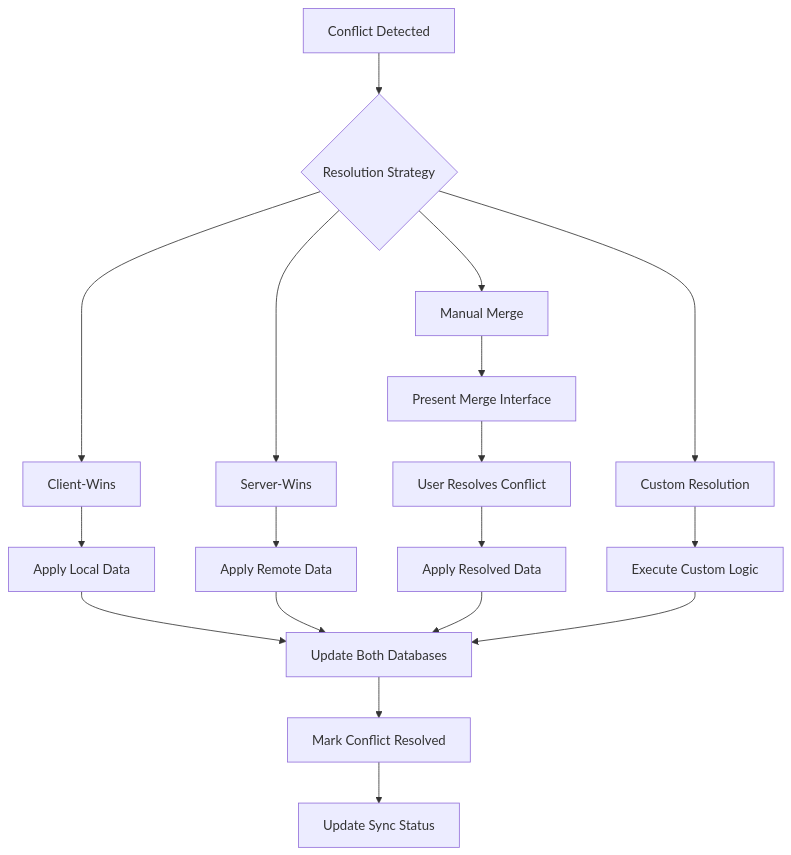
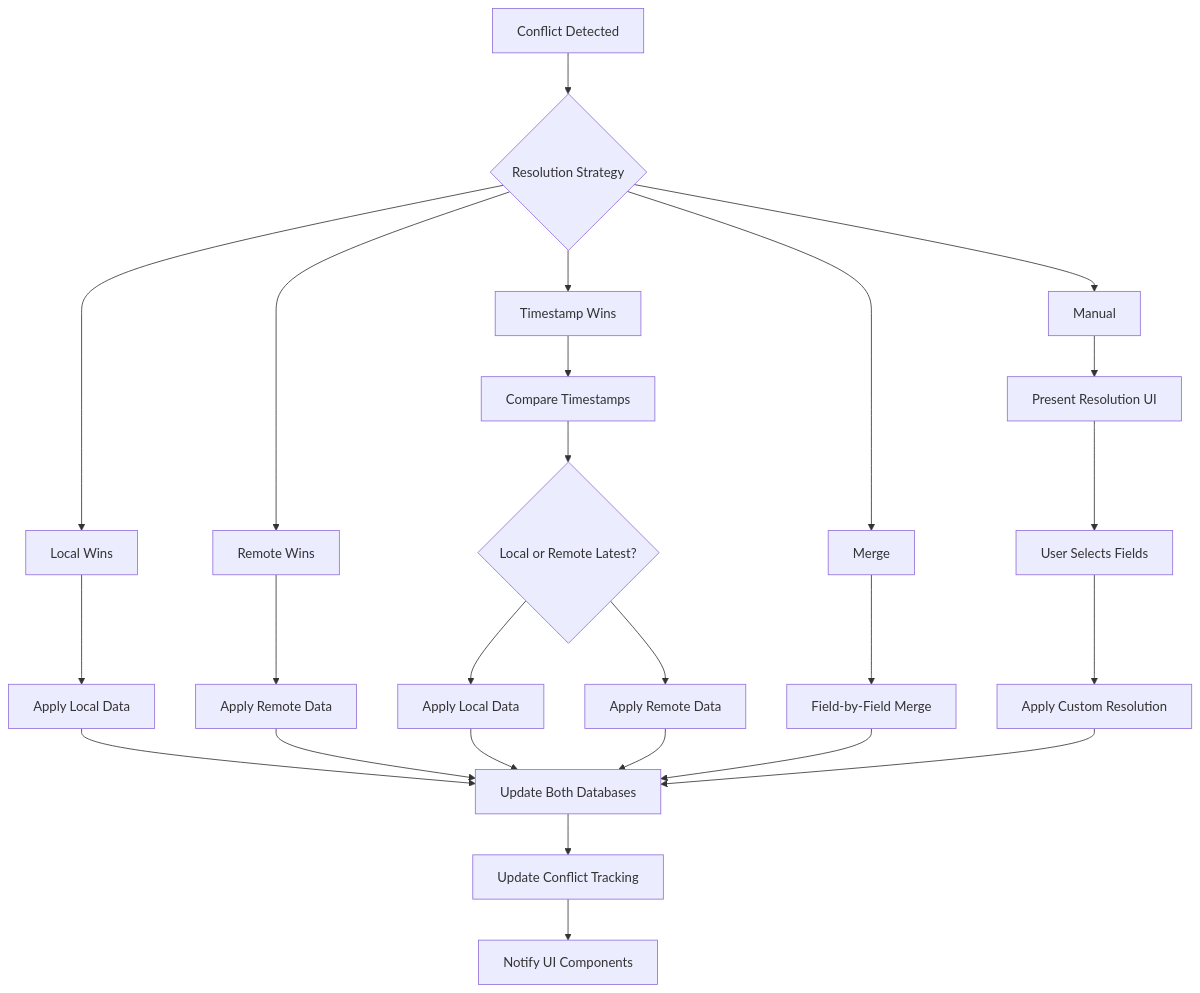
The eighth of 20 diagrams in .qoder/repowiki/en/content/Architecture Overview/Data Management Architecture/Data Synchronization Workflow/Data Synchronization Workflow.md (geniusdynamics/schoolpilot), drawn with Mermaid before and after one commit. The commit also changed other lines of this file and 8 other files, not shown here.

````diff
--- a/.qoder/repowiki/en/content/Architecture Overview/Data Management Architecture/Data Synchronization Workflow/Data Synchronization Workflow.md
+++ b/.qoder/repowiki/en/content/Architecture Overview/Data Management Architecture/Data Synchronization Workflow/Data Synchronization Workflow.md
@@ -323,20 +358,27 @@
 ```mermaid
 flowchart TD
 A[Conflict Detected] --> B{Resolution Strategy}
-B --> C[Client-Wins]
-B --> D[Server-Wins]
-B --> E[Manual Merge]
-B --> F[Custom Resolution]
-C --> G[Apply Local Data]
-D --> H[Apply Remote Data]
-E --> I[Present Merge Interface]
-I --> J[User Resolves Conflict]
-J --> K[Apply Resolved Data]
-F --> L[Execute Custom Logic]
-G --> M[Update Both Databases]
-H --> M
-K --> M
-L --> M
-M --> N[Mark Conflict Resolved]
-N --> O[Update Sync Status]
+B --> C[Local Wins]
+B --> D[Remote Wins]
+B --> E[Timestamp Wins]
+B --> F[Merge]
+B --> G[Manual]
+C --> H[Apply Local Data]
+D --> I[Apply Remote Data]
+E --> J[Compare Timestamps]
+J --> K{Local or Remote Latest?}
+K --> L[Apply Local Data]
+K --> M[Apply Remote Data]
+F --> N[Field-by-Field Merge]
+G --> O[Present Resolution UI]
+H --> P[Update Both Databases]
+I --> P
+L --> P
+M --> P
+N --> P
+O --> Q[User Selects Fields]
+Q --> R[Apply Custom Resolution]
+R --> P
+P --> S[Update Conflict Tracking]
+S --> T[Notify UI Components]
 ```
````
